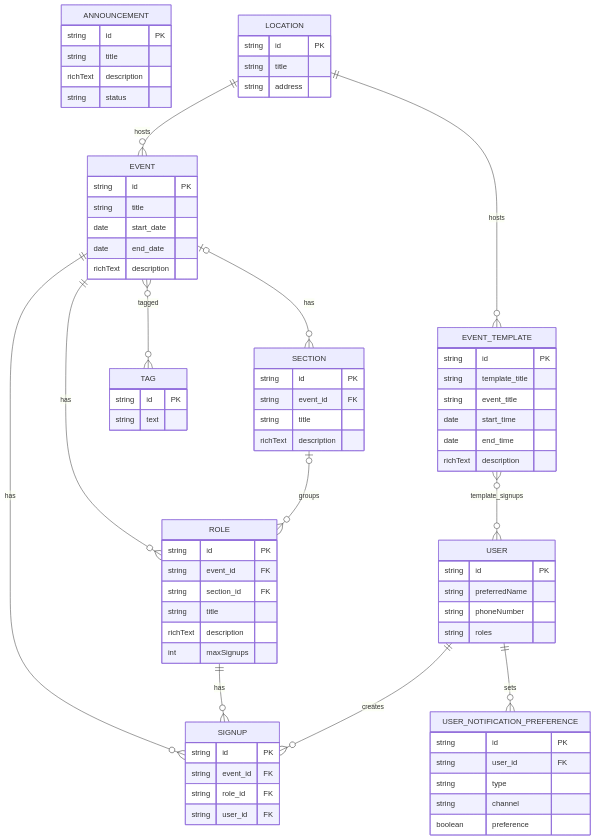
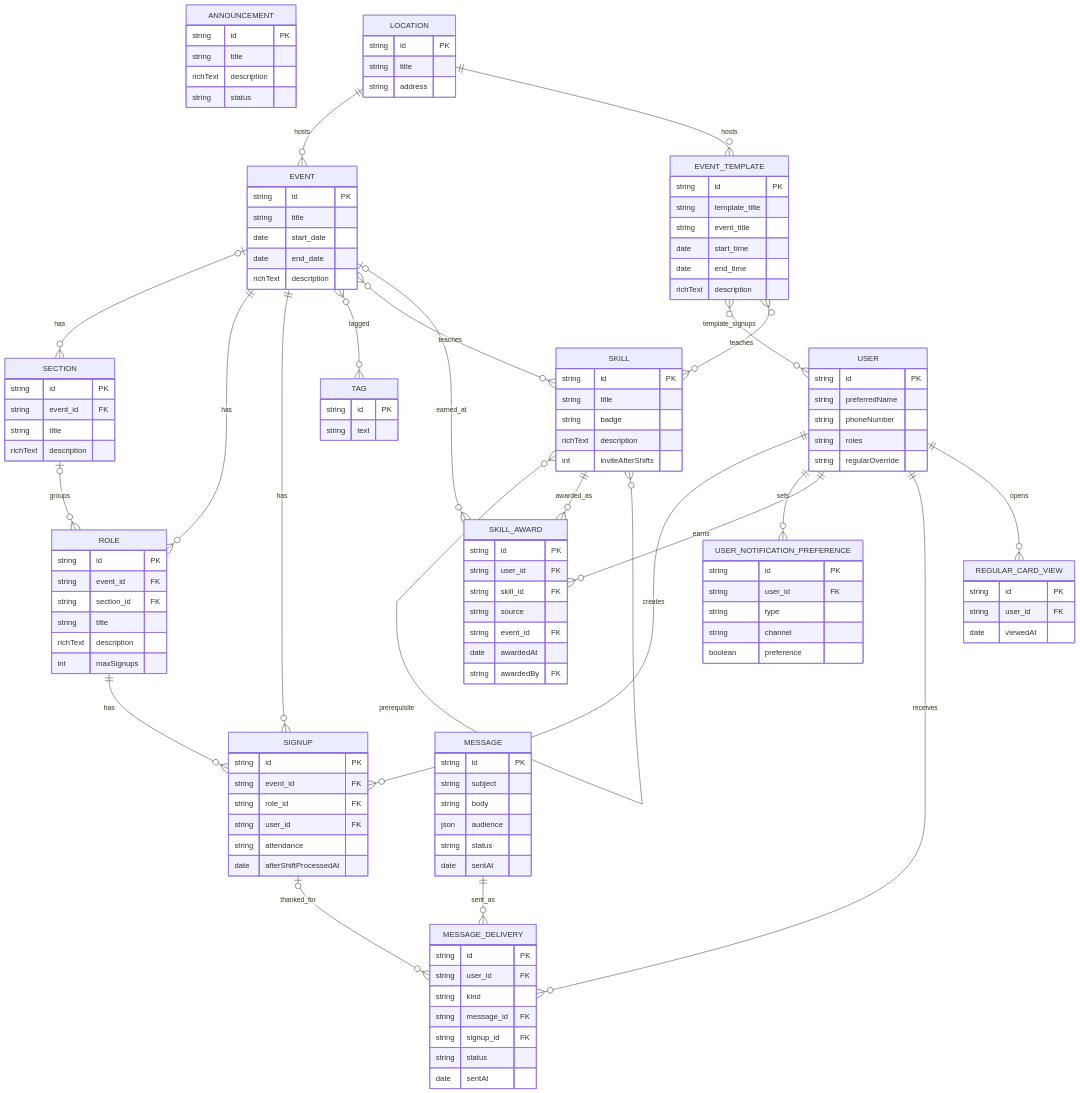
One commit to desering/volunteer-scheduler changed the diagram in docs/reference/er-diagram.md. Above: the diagram before and after it, drawn with Mermaid. The commit also changed other lines of this file and 2 other files, not shown here.

Commit message:
docs: explain the volunteer engagement proposal
Explanation (why, rules, data model, jobs, decisions, suggested split
into small PRs), an admin how-to, and the new entities in the ER
diagram.

Claude-Session: https://claude.ai/code/session_015qzprkXximiNFDGhEwRLQ9

````diff
--- a/docs/reference/er-diagram.md
+++ b/docs/reference/er-diagram.md
@@ -47,6 +47,46 @@
         string event_id FK
         string role_id FK
         string user_id FK
+        string attendance
+        date afterShiftProcessedAt
+    }
+    SKILL {
+        string id PK
+        string title
+        string badge
+        richText description
+        int inviteAfterShifts
+    }
+    SKILL_AWARD {
+        string id PK
+        string user_id FK
+        string skill_id FK
+        string source
+        string event_id FK
+        date awardedAt
+        string awardedBy FK
+    }
+    MESSAGE {
+        string id PK
+        string subject
+        string body
+        json audience
+        string status
+        date sentAt
+    }
+    MESSAGE_DELIVERY {
+        string id PK
+        string user_id FK
+        string kind
+        string message_id FK
+        string signup_id FK
+        string status
+        date sentAt
+    }
+    REGULAR_CARD_VIEW {
+        string id PK
+        string user_id FK
+        date viewedAt
     }
     TAG {
         string id PK
@@ -57,6 +97,7 @@
         string preferredName
         string phoneNumber
         string roles
+        string regularOverride
     }
     USER_NOTIFICATION_PREFERENCE {
         string id PK
@@ -77,4 +118,14 @@
     EVENT_TEMPLATE }o--o{ USER : template_signups
     LOCATION ||--o{ EVENT : hosts
     LOCATION ||--o{ EVENT_TEMPLATE : hosts
+    EVENT }o--o{ SKILL : teaches
+    EVENT_TEMPLATE }o--o{ SKILL : teaches
+    SKILL }o--o{ SKILL : prerequisite
+    USER ||--o{ SKILL_AWARD : earns
+    SKILL ||--o{ SKILL_AWARD : awarded_as
+    EVENT o|--o{ SKILL_AWARD : earned_at
+    MESSAGE ||--o{ MESSAGE_DELIVERY : sent_as
+    USER ||--o{ MESSAGE_DELIVERY : receives
+    SIGNUP o|--o{ MESSAGE_DELIVERY : thanked_for
+    USER ||--o{ REGULAR_CARD_VIEW : opens
 ```
````
